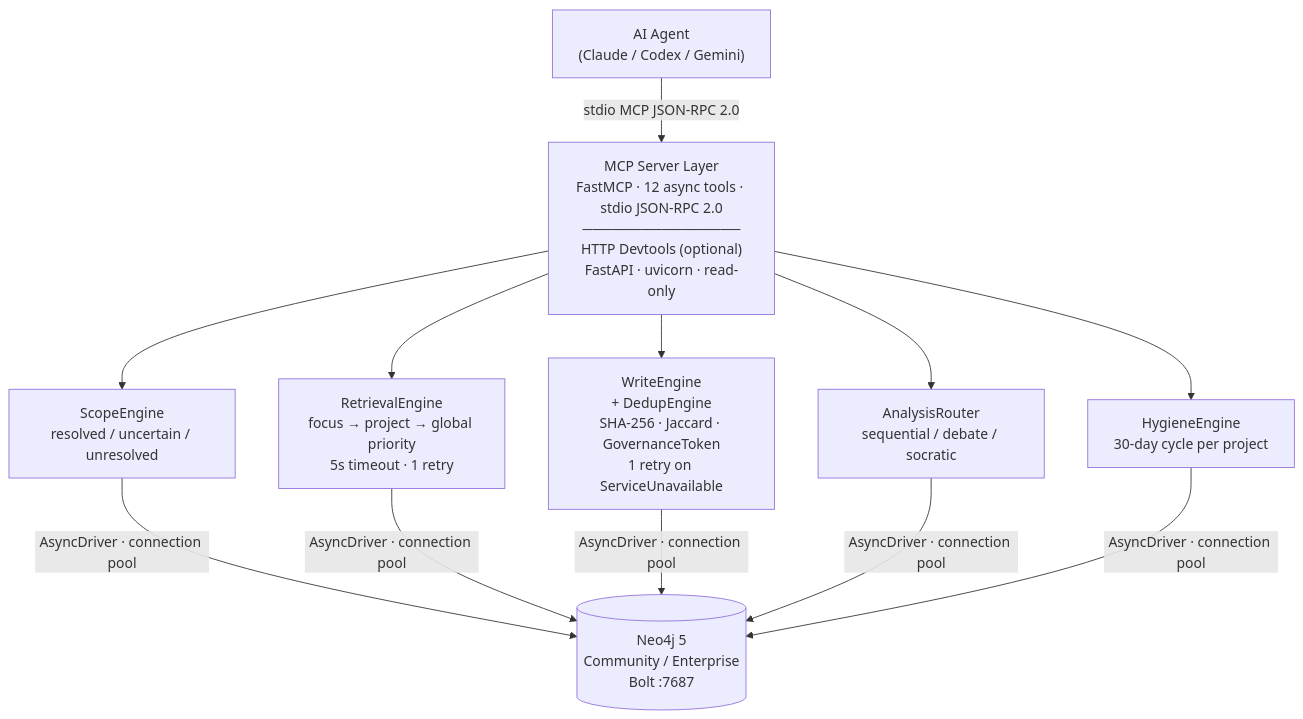
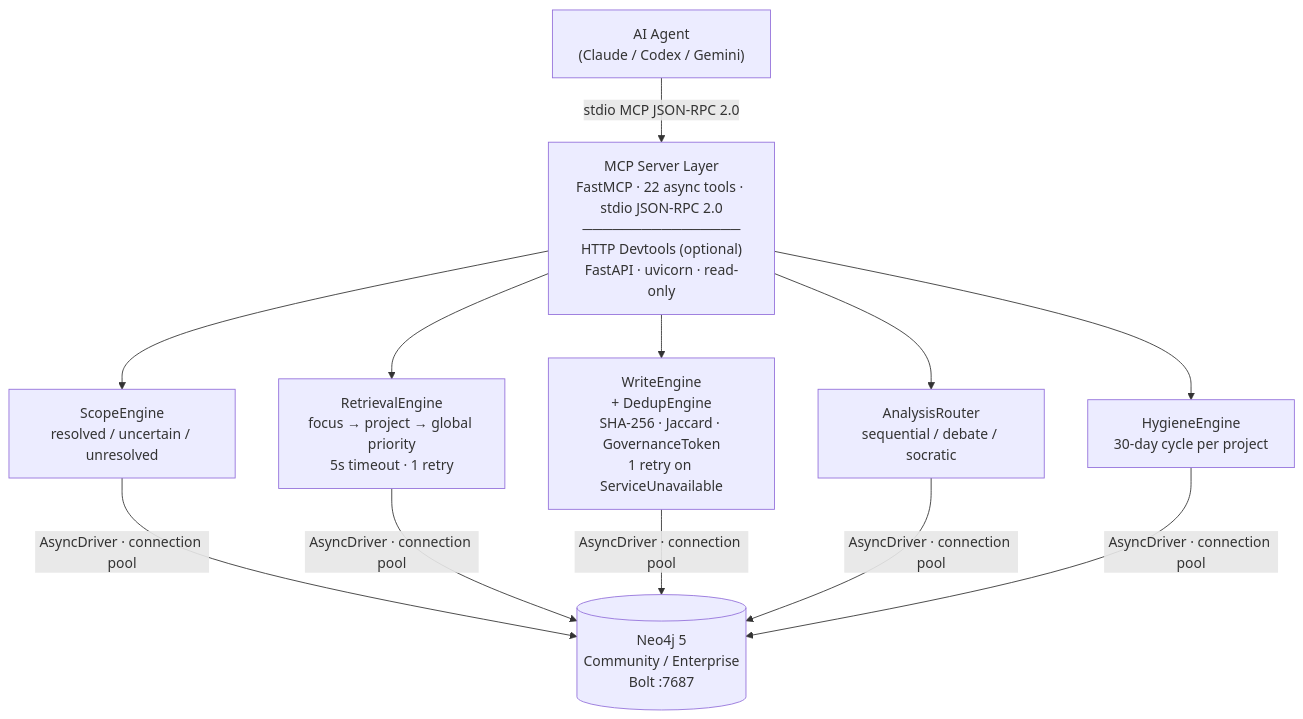
The diagram in docs/architecture/system.md (khoavu882/graphbase-memories-mcp), drawn with Mermaid before and after one commit. The commit also changed other lines of this file and 8 other files, not shown here.

````diff
--- a/docs/architecture/system.md
+++ b/docs/architecture/system.md
@@ -10,19 +10,19 @@
 ```mermaid
 graph TD
     A["AI Agent<br/>(Claude / Codex / Gemini)"]
-    B["MCP Server Layer<br/>FastMCP · 12 async tools · stdio JSON-RPC 2.0<br/>────────────────<br/>HTTP Devtools (optional)<br/>FastAPI · uvicorn · read-only"]
+    B["MCP Server Layer<br/>FastMCP · 22 async tools · stdio JSON-RPC 2.0<br/>────────────────<br/>HTTP Devtools (optional)<br/>FastAPI · uvicorn · read-only"]
     C["ScopeEngine<br/>resolved / uncertain / unresolved"]
     D["RetrievalEngine<br/>focus → project → global priority<br/>5s timeout · 1 retry"]
     E["WriteEngine<br/>+ DedupEngine<br/>SHA-256 · Jaccard · GovernanceToken<br/>1 retry on ServiceUnavailable"]
     F["AnalysisRouter<br/>sequential / debate / socratic"]
     G["HygieneEngine<br/>30-day cycle per project"]
     N[("Neo4j 5<br/>Community / Enterprise<br/>Bolt :7687")]
 
     A -->|"stdio MCP JSON-RPC 2.0"| B
     B --> C
     B --> D
     B --> E
     B --> F
     B --> G
     C & D & E & F & G -->|"AsyncDriver · connection pool"| N
 ```
````
